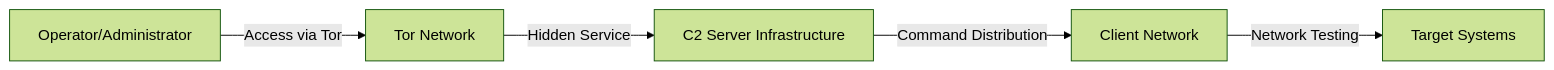
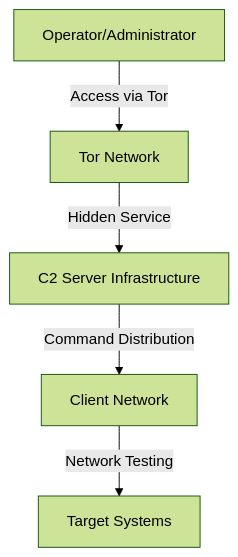
One commit to Birdo1221/test changed the second of 8 diagrams in README.md. Above: the diagram before and after it, drawn with Mermaid (forest theme). The commit also changed other lines of this file, not shown here.

````diff
--- a/README.md
+++ b/README.md
@@ -38,7 +38,7 @@
 ```mermaid
-graph LR
+graph TB
     User["Operator/Administrator"] -->|"Access via Tor"| TorNetwork["Tor Network"]
     TorNetwork -->|"Hidden Service"| C2Server["C2 Server Infrastructure"]
     C2Server -->|"Command Distribution"| Clients["Client Network"]
     Clients -->|"Network Testing"| Target["Target Systems"]
 ```
````
